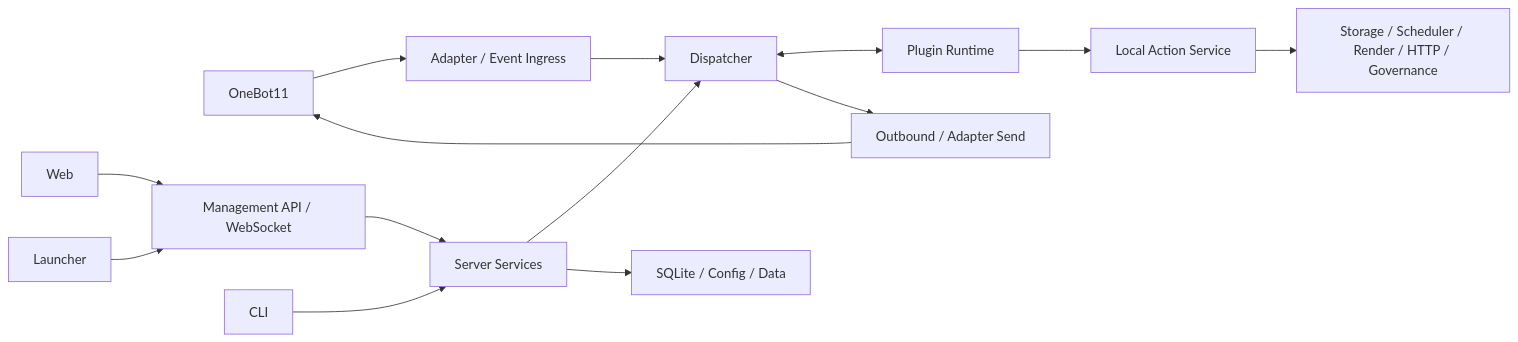
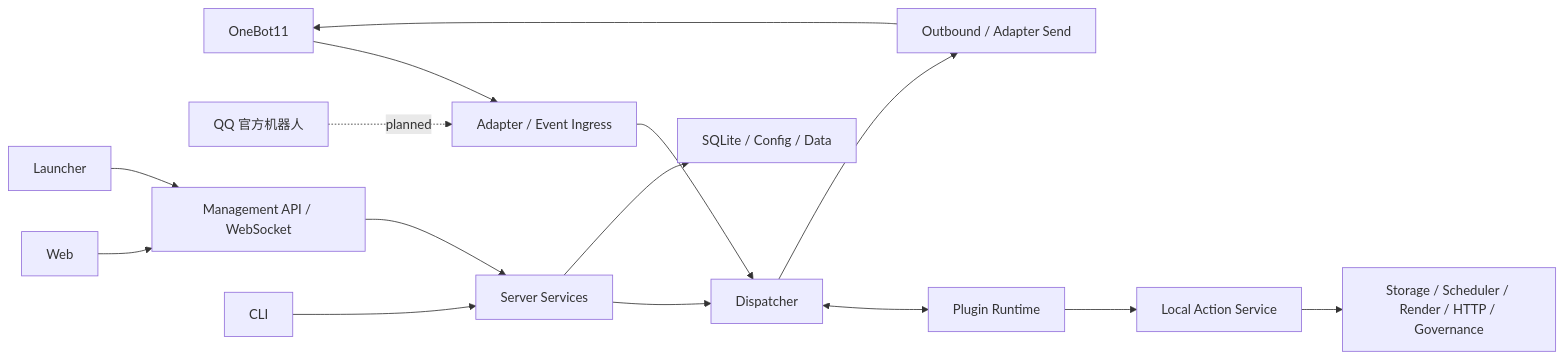
The diagram in docs/RayleaBot机器人项目规划.md (RayleaBot/RayleaBot), drawn with Mermaid before and after one commit. The commit also changed other lines of this file, not shown here.

````diff
--- a/docs/RayleaBot机器人项目规划.md
+++ b/docs/RayleaBot机器人项目规划.md
@@ -51,17 +54,18 @@
 ```mermaid
 flowchart LR
     OB["OneBot11"] --> AD["Adapter / Event Ingress"]
+    QQ["QQ 官方机器人"] -.planned.-> AD
     AD --> DP["Dispatcher"]
     DP <--> RT["Plugin Runtime"]
     RT --> LA["Local Action Service"]
     LA --> CAP["Storage / Scheduler / Render / HTTP / Governance"]
     DP --> OUT["Outbound / Adapter Send"]
     OUT --> OB
 
     WEB["Web"] --> API["Management API / WebSocket"]
     LCH["Launcher"] --> API
     CLI["CLI"] --> SRV["Server Services"]
     API --> SRV
     SRV --> DP
     SRV --> DB["SQLite / Config / Data"]
 ```
````
